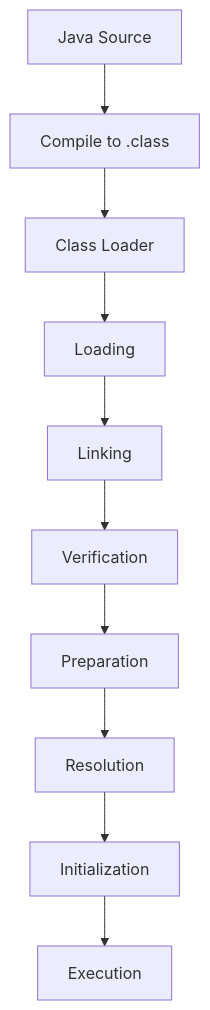
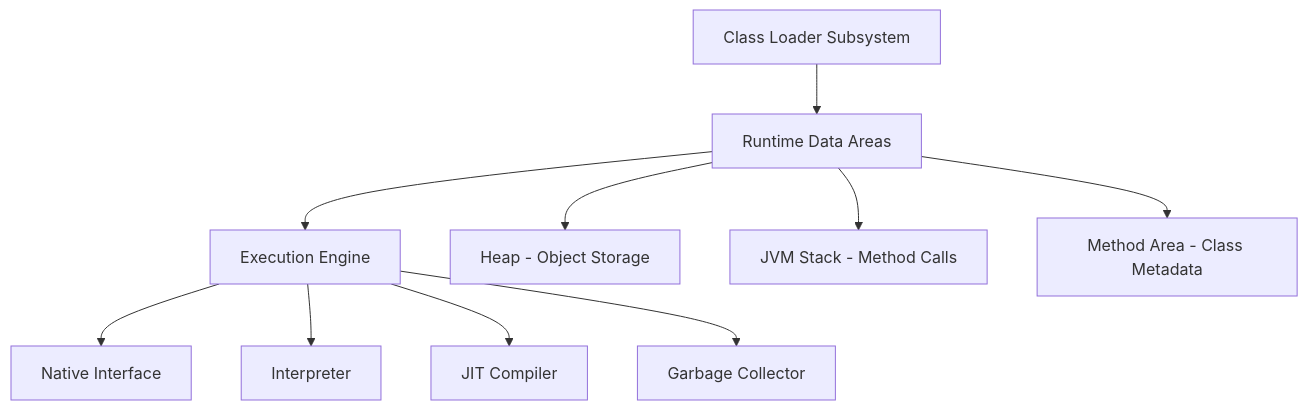
Before and after one commit to VrushankPatel/interview-matters: the first of 2 diagrams in jvm-internals-class-loading/README.md, drawn with Mermaid. The commit also changed other lines of this file and 8 other files, not shown here.

Commit message:
kb: add/update topics Java Fundamentals, OOP Principles in Java, JVM Internals & Class Loading, Garbage Collection Algorithms, Multithreading & Concurrency in Java

````diff
--- a/jvm-internals-class-loading/README.md
+++ b/jvm-internals-class-loading/README.md
@@ -30,12 +24,12 @@
 ```mermaid
 graph TD
-A[Java Source] --> B[Compile to .class]
-B --> C[Class Loader]
-C --> D[Loading]
-D --> E[Linking]
-E --> F[Verification]
-F --> G[Preparation]
-G --> H[Resolution]
-H --> I[Initialization]
-I --> J[Execution]
+    A[Class Loader Subsystem] --> B[Runtime Data Areas]
+    B --> C[Execution Engine]
+    C --> D[Native Interface]
+    B --> E[Heap - Object Storage]
+    B --> F[JVM Stack - Method Calls]
+    B --> G[Method Area - Class Metadata]
+    C --> H[Interpreter]
+    C --> I[JIT Compiler]
+    C --> J[Garbage Collector]
 ```
````
